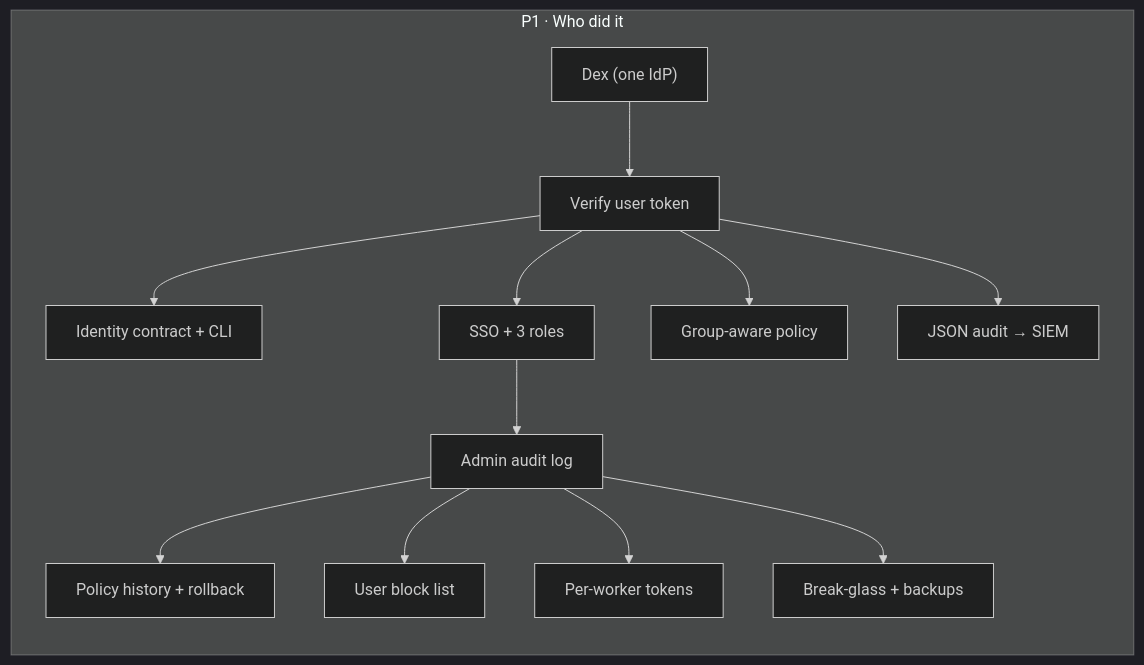
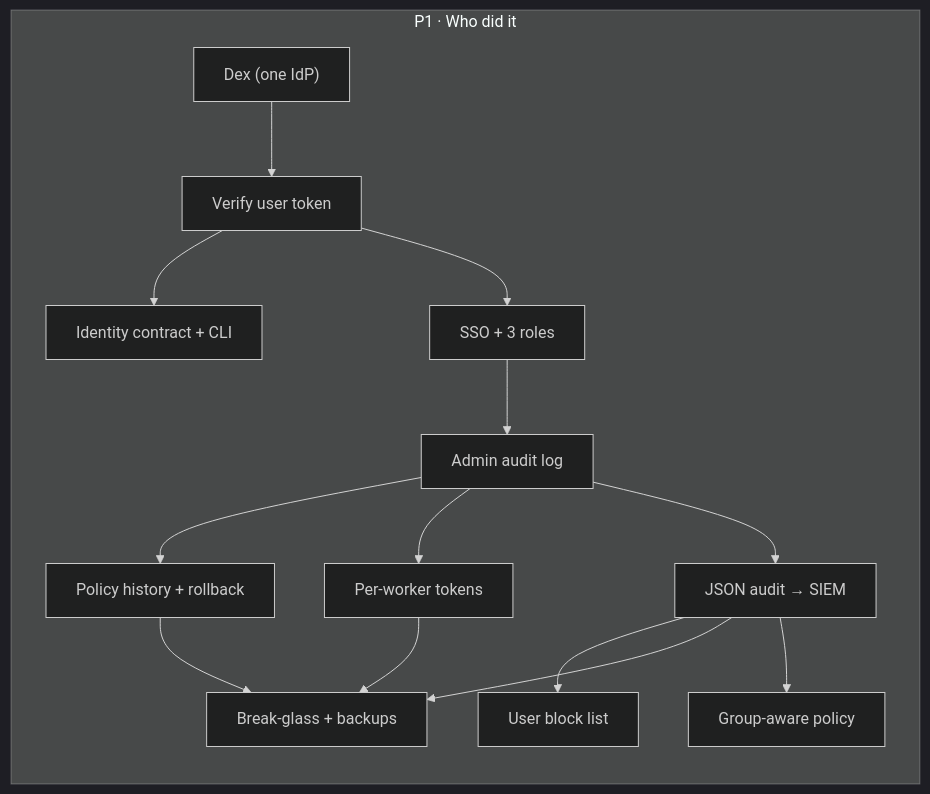
The first of 5 diagrams in docs/roadmap/README.md (ethosagent/warden), drawn with Mermaid (dark theme) before and after one commit. The commit also changed other lines of this file and 17 other files, not shown here.

First line of the commit message:
docs(roadmap): review Phase 1 tickets with requirements, plans and acceptance

````diff
--- a/docs/roadmap/README.md
+++ b/docs/roadmap/README.md
@@ -40,26 +40,28 @@
 ```mermaid
 flowchart LR
   subgraph ph1["P1 · Who did it"]
     p1_dex["Dex (one IdP)"]
     p1_verify_token["Verify user token"]
     p1_identity_contract["Identity contract + CLI"]
     p1_sso_roles["SSO + 3 roles"]
     p1_admin_audit["Admin audit log"]
     p1_policy_history["Policy history + rollback"]
+    p1_worker_tokens["Per-worker tokens"]
+    p1_json_audit["JSON audit → SIEM"]
     p1_block_list["User block list"]
-    p1_worker_tokens["Per-worker tokens"]
     p1_breakglass["Break-glass + backups"]
     p1_group_policy["Group-aware policy"]
-    p1_json_audit["JSON audit → SIEM"]
   end
   p1_dex --> p1_verify_token
   p1_verify_token --> p1_identity_contract
   p1_verify_token --> p1_sso_roles
   p1_sso_roles --> p1_admin_audit
   p1_admin_audit --> p1_policy_history
-  p1_admin_audit --> p1_block_list
   p1_admin_audit --> p1_worker_tokens
-  p1_admin_audit --> p1_breakglass
-  p1_verify_token --> p1_group_policy
-  p1_verify_token --> p1_json_audit
+  p1_admin_audit --> p1_json_audit
+  p1_json_audit --> p1_block_list
+  p1_policy_history --> p1_breakglass
+  p1_worker_tokens --> p1_breakglass
+  p1_json_audit --> p1_breakglass
+  p1_json_audit --> p1_group_policy
 ```
````
